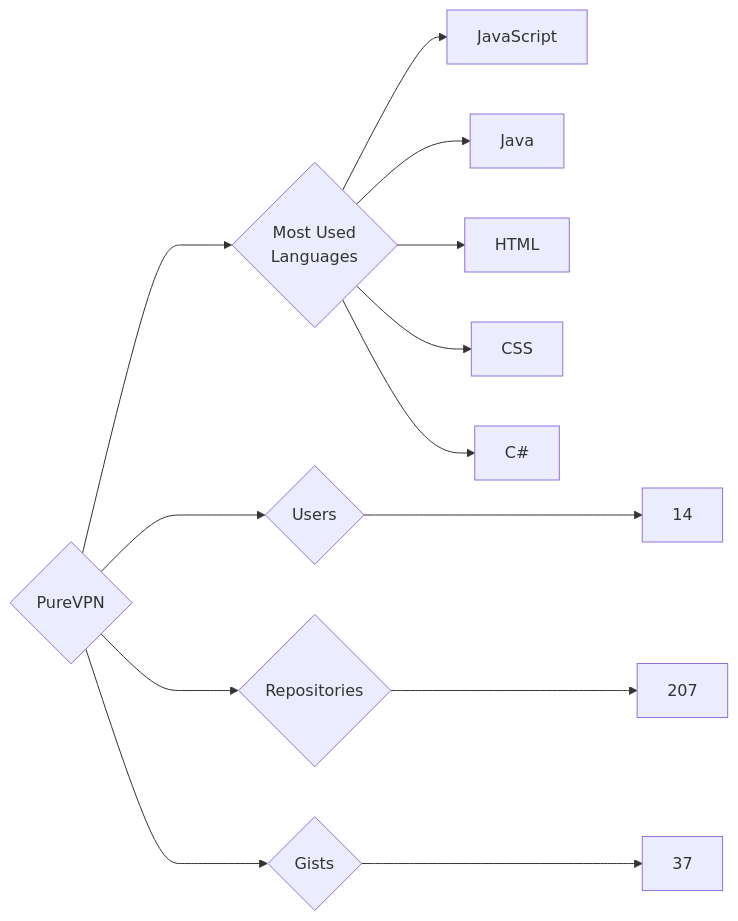
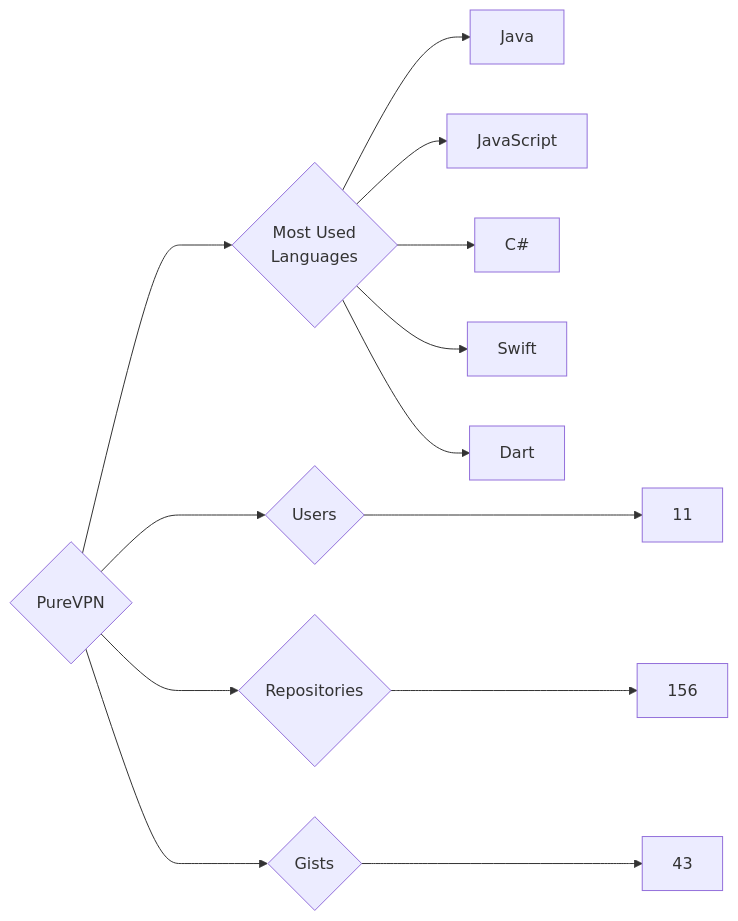
One commit to trickest/insiders changed the diagram in targets/PureVPN/README.md. Above: the diagram before and after it, drawn with Mermaid. The commit also changed 677 other files, not shown here.

````diff
--- a/targets/PureVPN/README.md
+++ b/targets/PureVPN/README.md
@@ -3,13 +3,13 @@
 ```mermaid
 graph LR
 COMPANY_NAME{PureVPN}
-COMPANY_NAME ---> U{Users} ---> UN[14]
-COMPANY_NAME ---> R{Repositories} ---> RN[207]
-COMPANY_NAME ---> G{Gists} ---> GN[37]
+COMPANY_NAME ---> U{Users} ---> UN[11]
+COMPANY_NAME ---> R{Repositories} ---> RN[156]
+COMPANY_NAME ---> G{Gists} ---> GN[43]
 COMPANY_NAME ---> ML{Most Used<br>Languages}
+ML --> Java[Java]
 ML --> JavaScript[JavaScript]
-ML --> Java[Java]
-ML --> HTML[HTML]
-ML --> CSS[CSS]
 ML --> C#[C#]
+ML --> Swift[Swift]
+ML --> Dart[Dart]
 ```
````
